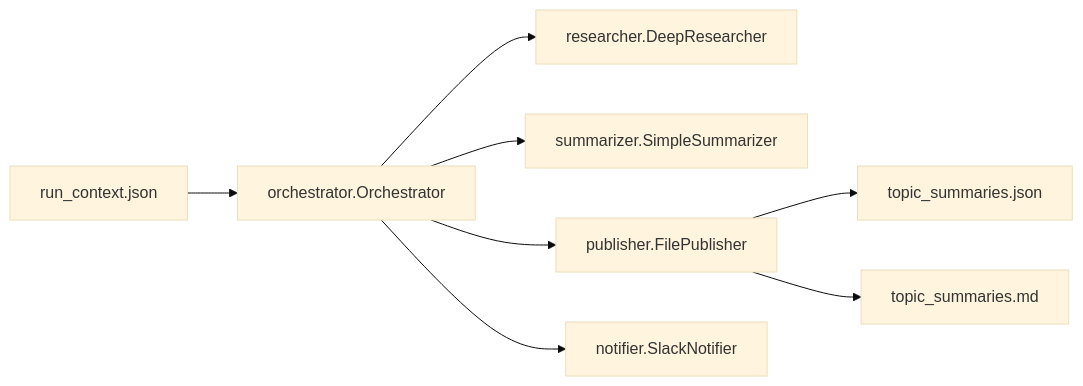
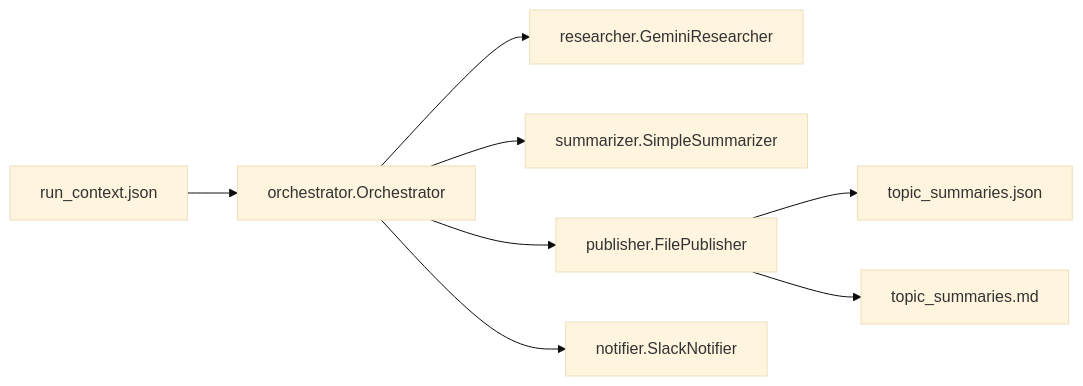
One commit to hondaya14/bulknews-agent changed the first of 2 diagrams in README.md. Above: the diagram before and after it, drawn with Mermaid (base theme). The commit also changed other lines of this file and 13 other files, not shown here.

First line of the commit message:
Implement GeminiResearcher using koog framework with structured output (#7)

````diff
--- a/README.md
+++ b/README.md
@@ -24,10 +25,10 @@
 ```mermaid
 flowchart LR
   RC[run_context.json] --> ORCH[orchestrator.Orchestrator]
-  ORCH --> DR[researcher.DeepResearcher]
+  ORCH --> DR[researcher.GeminiResearcher]
   ORCH --> SUM[summarizer.SimpleSummarizer]
   ORCH --> PUB[publisher.FilePublisher]
   ORCH --> NOTI[notifier.SlackNotifier]
   PUB --> OUTJSON[topic_summaries.json]
   PUB --> OUTMD[topic_summaries.md]
 ```
````
